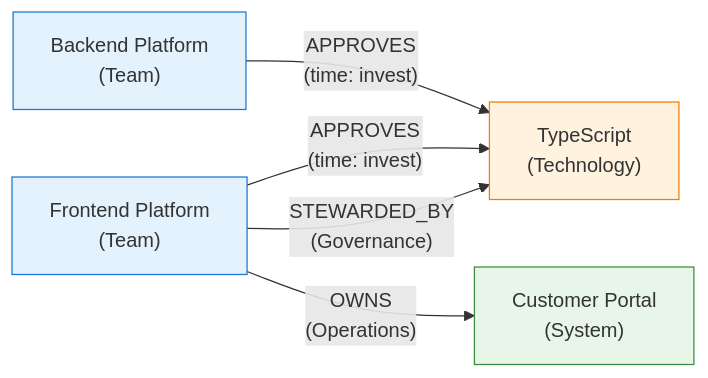
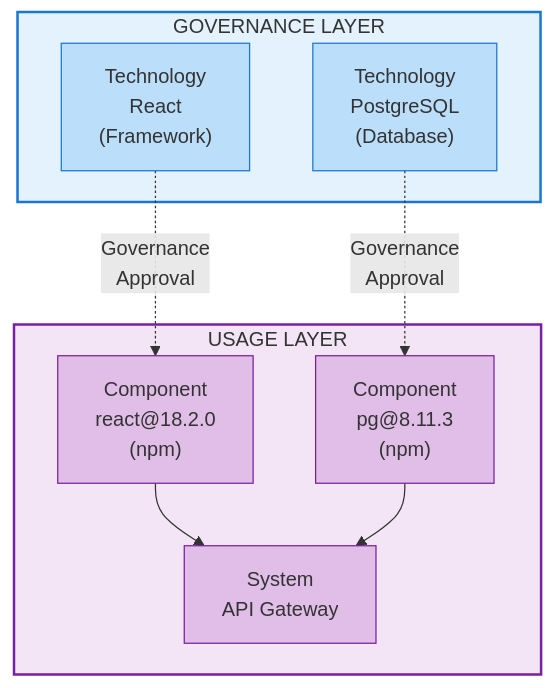
Before and after one commit to localgod/polaris: the second of 2 diagrams in content/architecture/graph-model.md, drawn with Mermaid. The commit also changed other lines of this file and 3 other files, not shown here.

````diff
--- a/content/architecture/graph-model.md
+++ b/content/architecture/graph-model.md
@@ -841,17 +336,27 @@
 ```mermaid
-graph LR
-    FE["Frontend Platform<br/>(Team)"]
-    BE["Backend Platform<br/>(Team)"]
-    TS["TypeScript<br/>(Technology)"]
-    CP["Customer Portal<br/>(System)"]
+graph TB
+    subgraph governance["GOVERNANCE LAYER"]
+        TechReact["Technology<br/>React<br/>(Framework)"]
+        TechPG["Technology<br/>PostgreSQL<br/>(Database)"]
+    end
     
-    FE -->|"STEWARDED_BY<br/>(Governance)"| TS
-    FE -->|"APPROVES<br/>(time: invest)"| TS
-    BE -->|"APPROVES<br/>(time: invest)"| TS
-    FE -->|"OWNS<br/>(Operations)"| CP
+    subgraph usage["USAGE LAYER"]
+        CompReact["Component<br/>react@18.2.0<br/>(npm)"]
+        CompPG["Component<br/>pg@8.11.3<br/>(npm)"]
+        System["System<br/>API Gateway"]
+    end
     
-    style FE fill:#e3f2fd,stroke:#1976d2
-    style BE fill:#e3f2fd,stroke:#1976d2
-    style TS fill:#fff3e0,stroke:#f57c00
-    style CP fill:#e8f5e9,stroke:#388e3c
+    TechReact -.->|"Governance<br/>Approval"| CompReact
+    TechPG -.->|"Governance<br/>Approval"| CompPG
+    
+    CompReact --> System
+    CompPG --> System
+    
+    style governance fill:#e3f2fd,stroke:#1976d2,stroke-width:2px
+    style usage fill:#f3e5f5,stroke:#7b1fa2,stroke-width:2px
+    style TechReact fill:#bbdefb,stroke:#1976d2
+    style TechPG fill:#bbdefb,stroke:#1976d2
+    style CompReact fill:#e1bee7,stroke:#7b1fa2
+    style CompPG fill:#e1bee7,stroke:#7b1fa2
+    style System fill:#e1bee7,stroke:#7b1fa2
 ```
````
